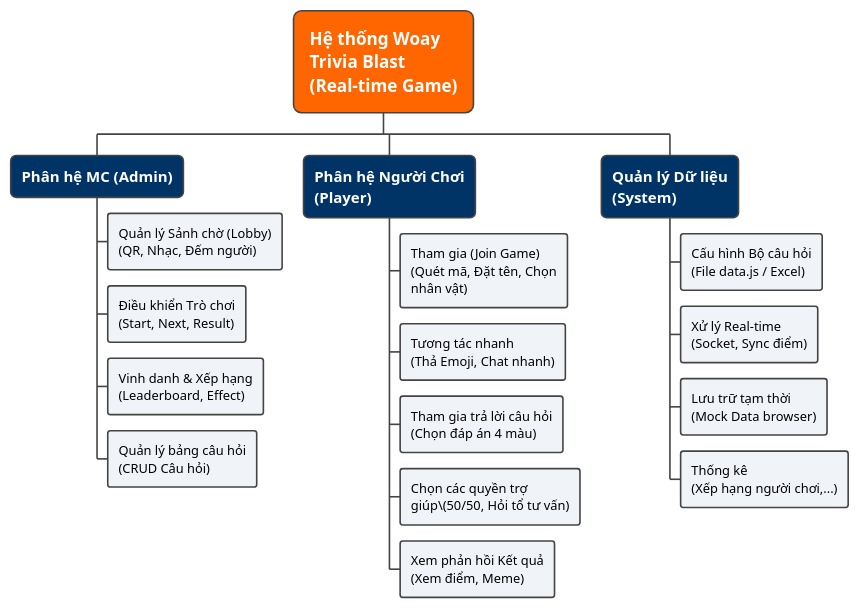
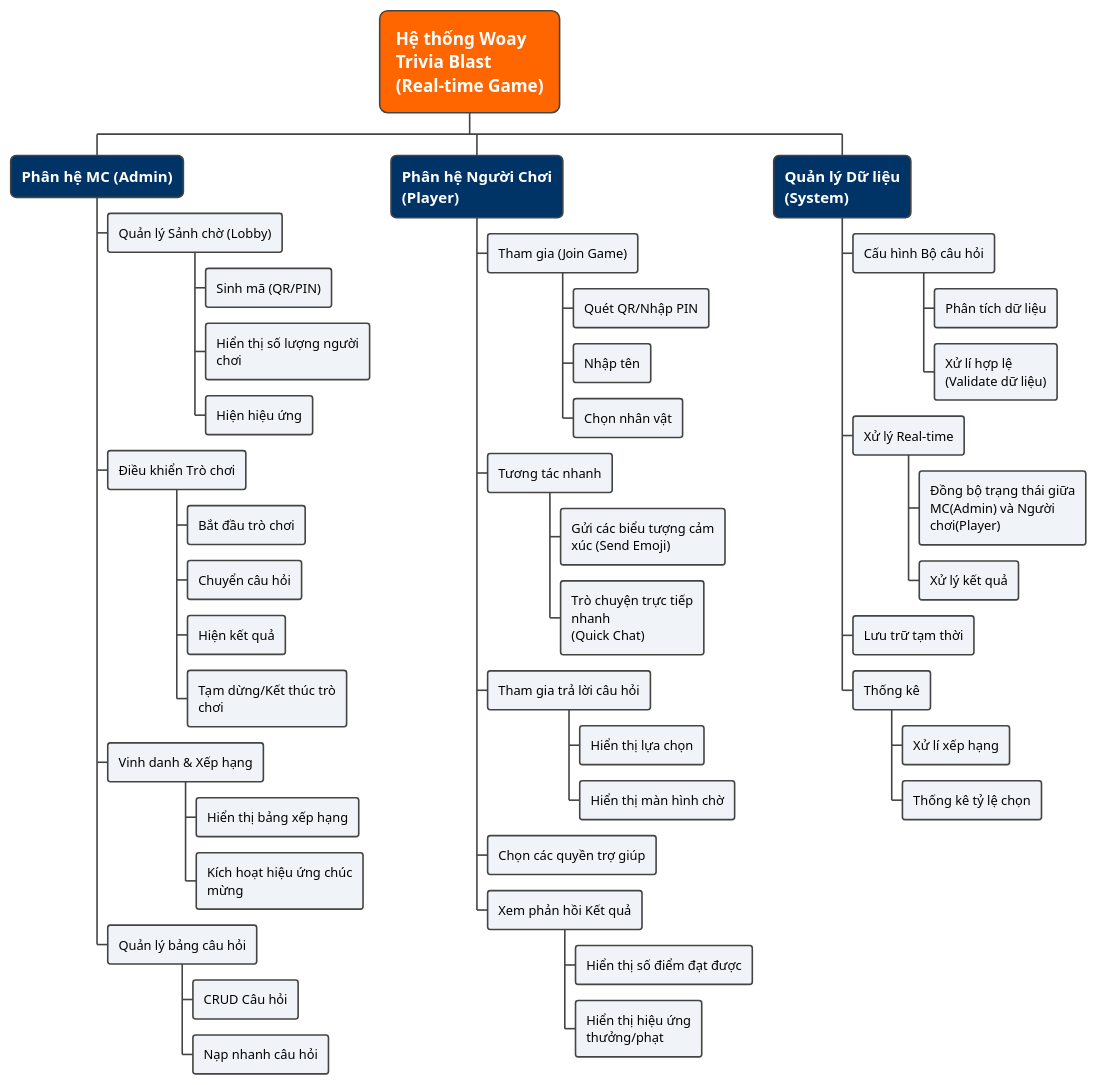
One commit to vovumewmew/Woay-Trivia-Blast changed the diagram in Diagram/BFD_WOAY_Game.puml. Above: the diagram before and after it, drawn with PlantUML. The commit also changed 8 other files, not shown here.

```diff
--- a/Diagram/BFD_WOAY_Game.puml
+++ b/Diagram/BFD_WOAY_Game.puml
@@ -1,66 +1,94 @@
 @startwbs BFD_WOAY_Game
 
 ' --- CẤU HÌNH GIAO DIỆN ---
 <style>
 wbsDiagram {
   ' Màu nền trắng, đường nối cong nhẹ cho mềm mại
   BackgroundColor white
   LineColor #444444
   
   ' NODE GỐC (LEVEL 0) - Màu Cam Woay
   .root {
       BackgroundColor #FF6600
       FontColor White
       FontSize 16
       FontStyle Bold
       RoundCorner 15
       Padding 15
   }
   
   ' NODE CẤP 1 (LEVEL 1) - Màu Xanh đậm (Tạo hình Đinh ba)
   .level1 {
       BackgroundColor #003366
       FontColor White
       FontSize 14
       FontStyle Bold
       RoundCorner 10
   }
   
   ' NODE CẤP 2 (LEVEL 2) - Màu Xám nhẹ (Chi tiết chức năng)
   node {
       BackgroundColor #F0F4F8
       FontColor Black
       FontSize 12
       RoundCorner 5
       MaximumWidth 150 
   }
 }
 </style>
 
 ' --- NỘI DUNG SƠ ĐỒ ---
 * Hệ thống Woay Trivia Blast\n(Real-time Game) <<root>>
 
 ' --- NHÁNH 1: QUẢN TRỊ & ĐIỀU PHỐI (MC) ---
 ** Phân hệ MC (Admin) <<level1>>
-*** Quản lý Sảnh chờ (Lobby)\n(QR, Nhạc, Đếm người)
-*** Điều khiển Trò chơi\n(Start, Next, Result)
-*** Vinh danh & Xếp hạng\n(Leaderboard, Effect)
-*** Quản lý bảng câu hỏi \n(CRUD Câu hỏi)
+*** Quản lý Sảnh chờ (Lobby)
+**** Sinh mã (QR/PIN)
+**** Hiển thị số lượng người chơi
+**** Hiện hiệu ứng
+*** Điều khiển Trò chơi
+**** Bắt đầu trò chơi
+**** Chuyển câu hỏi
+**** Hiện kết quả
+**** Tạm dừng/Kết thúc trò chơi
+*** Vinh danh & Xếp hạng
+**** Hiển thị bảng xếp hạng
+**** Kích hoạt hiệu ứng chúc mừng
+*** Quản lý bảng câu hỏi
+**** CRUD Câu hỏi
+**** Nạp nhanh câu hỏi
+
 
 ' --- NHÁNH 2: NGƯỜI CHƠI (PLAYER) ---
 ** Phân hệ Người Chơi (Player) <<level1>>
-*** Tham gia (Join Game)\n(Quét mã, Đặt tên, Chọn nhân vật)
-*** Tương tác nhanh \n(Thả Emoji, Chat nhanh)
-*** Tham gia trả lời câu hỏi\n(Chọn đáp án 4 màu)
-*** Chọn các quyền trợ giúp\(50/50, Hỏi tổ tư vấn)
-*** Xem phản hồi Kết quả\n(Xem điểm, Meme)
+*** Tham gia (Join Game)
+**** Quét QR/Nhập PIN
+**** Nhập tên
+**** Chọn nhân vật
+*** Tương tác nhanh 
+**** Gửi các biểu tượng cảm xúc (Send Emoji)
+**** Trò chuyện trực tiếp nhanh\n(Quick Chat)
+*** Tham gia trả lời câu hỏi
+**** Hiển thị lựa chọn
+**** Hiển thị màn hình chờ
+*** Chọn các quyền trợ giúp
+*** Xem phản hồi Kết quả
+**** Hiển thị số điểm đạt được
+**** Hiển thị hiệu ứng thưởng/phạt
+
 
 ' --- NHÁNH 3: DỮ LIỆU & HỆ THỐNG (CORE) ---
 ' (Thêm nhánh này dựa trên mục IV SRS để tạo thế kiềng 3 chân vững chắc)
 ** Quản lý Dữ liệu (System) <<level1>>
-*** Cấu hình Bộ câu hỏi\n(File data.js / Excel)
-*** Xử lý Real-time\n(Socket, Sync điểm)
-*** Lưu trữ tạm thời\n(Mock Data browser)
-*** Thống kê \n(Xếp hạng người chơi,...)
+*** Cấu hình Bộ câu hỏi
+**** Phân tích dữ liệu
+**** Xử lí hợp lệ\n(Validate dữ liệu)
+*** Xử lý Real-time
+**** Đồng bộ trạng thái giữa MC(Admin) và Người chơi(Player)
+**** Xử lý kết quả
+*** Lưu trữ tạm thời
+*** Thống kê 
+**** Xử lí xếp hạng
+**** Thống kê tỷ lệ chọn
 
 @endwbs
```
